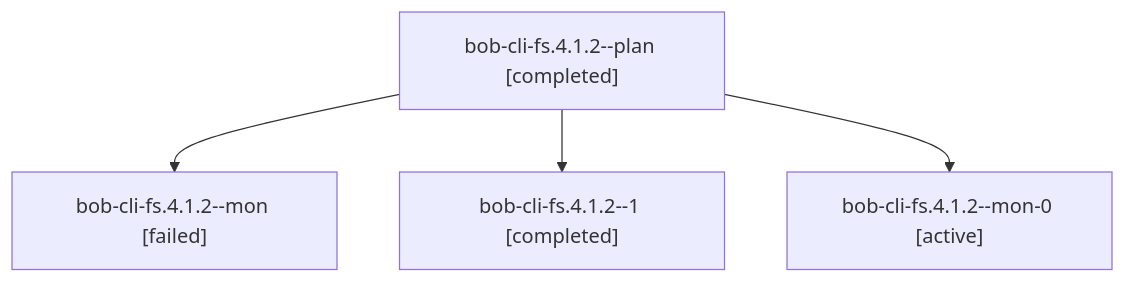
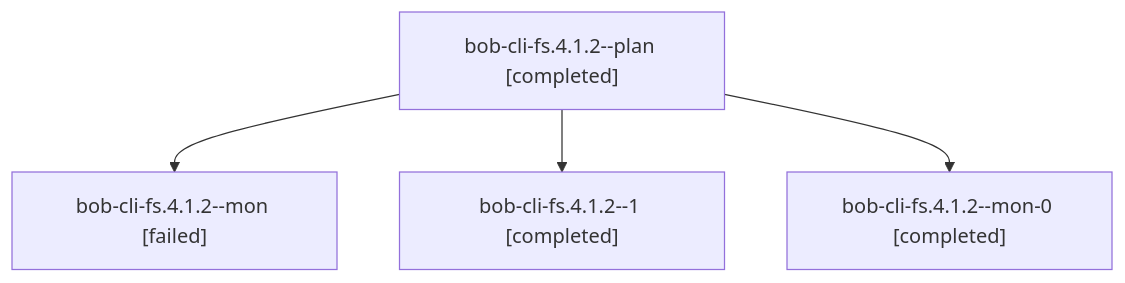
The diagram in sessions/bbugyi200.athena.bob-cli-fs.4.1.2.md (bobs-org/bob-cli--agents), drawn with Mermaid before and after one commit. The commit also changed other lines of this file and 67 other files, not shown here.

````diff
--- a/sessions/bbugyi200.athena.bob-cli-fs.4.1.2.md
+++ b/sessions/bbugyi200.athena.bob-cli-fs.4.1.2.md
@@ -9,10 +9,10 @@
 ```mermaid
 flowchart TD
   n0["bob-cli-fs.4.1.2--plan [completed]"]
   n1["bob-cli-fs.4.1.2--mon [failed]"]
   n0 --> n1
   n2["bob-cli-fs.4.1.2--1 [completed]"]
   n0 --> n2
-  n3["bob-cli-fs.4.1.2--mon-0 [active]"]
+  n3["bob-cli-fs.4.1.2--mon-0 [completed]"]
   n0 --> n3
 ```
````
